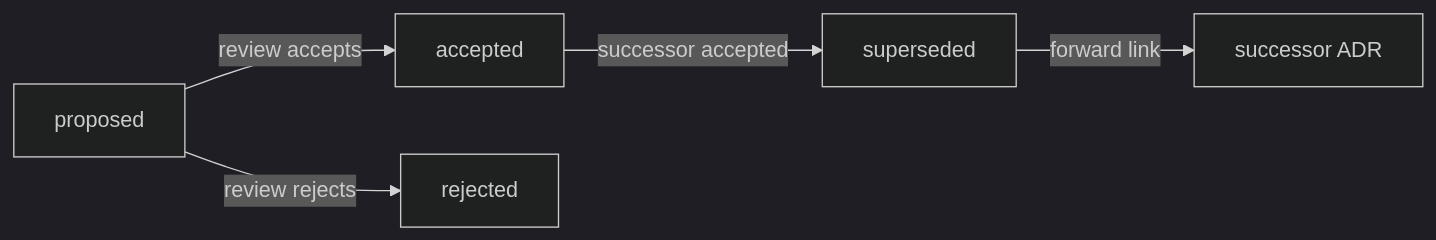
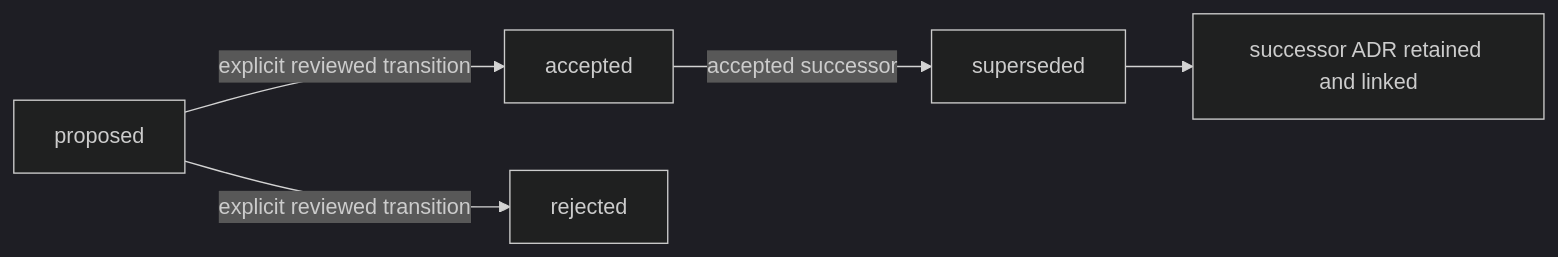
Before and after one commit to bartytime4life/Kansas-Frontier-Matrix: the diagram in docs/adr/README.md, drawn with Mermaid (dark theme). The commit also changed other lines of this file and 7 other files, not shown here.

````diff
--- a/docs/adr/README.md
+++ b/docs/adr/README.md
@@ -115,7 +116,7 @@
 ```mermaid
 flowchart LR
-    P["proposed"] -->|review accepts| A["accepted"]
-    P -->|review rejects| R["rejected"]
-    A -->|successor accepted| S["superseded"]
-    S -->|forward link| N["successor ADR"]
+    P["proposed"] -->|explicit reviewed transition| A["accepted"]
+    P -->|explicit reviewed transition| R["rejected"]
+    A -->|accepted successor| S["superseded"]
+    S --> N["successor ADR retained and linked"]
 ```
````
